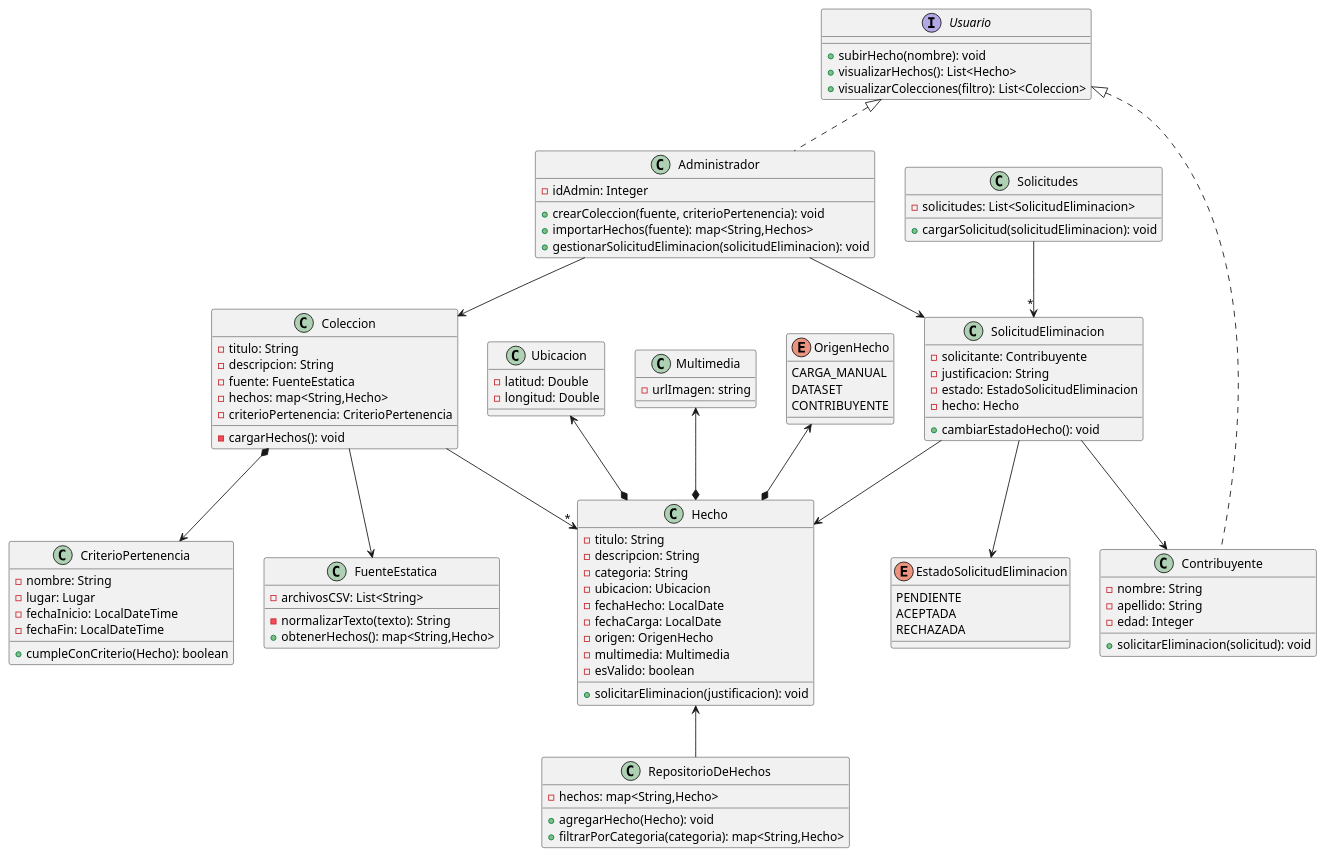
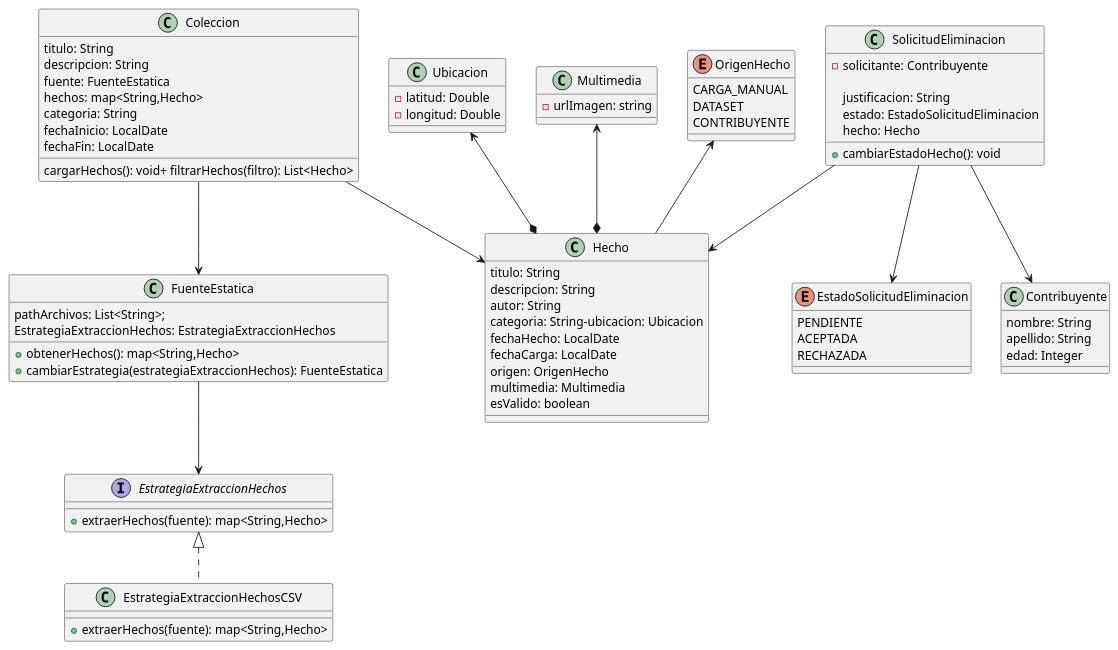
The diagram in src/main/DiagramaDeClases.puml (OslothLAS/ProyectoDeploy), drawn with PlantUML before and after one commit. The commit also changed 2 other files, not shown here.

Commit message:
Solicitud, justificar solicitud y error

```diff
--- a/src/main/DiagramaDeClases.puml
+++ b/src/main/DiagramaDeClases.puml
@@ -1,119 +1,108 @@
 @startuml
 class Coleccion {
-   - titulo: String
-   - descripcion: String
-   - fuente: FuenteEstatica
-   - hechos: map<String,Hecho>
-   - criterioPertenencia: CriterioPertenencia
-   - cargarHechos(): void
- }
 
- class CriterioPertenencia {
-   - nombre: String
-   - lugar: Lugar
-   - fechaInicio: LocalDateTime
-   - fechaFin: LocalDateTime
-   + cumpleConCriterio(Hecho): boolean
- }
+titulo: String
+descripcion: String
+fuente: FuenteEstatica
+hechos: map<String,Hecho>
+categoria: String
+fechaInicio: LocalDate
+fechaFin: LocalDate
+cargarHechos(): void+ filtrarHechos(filtro): List<Hecho>
+}
+
+
 
 
 
  class Ubicacion {
    -latitud: Double
    -longitud: Double
  }
 
   class SolicitudEliminacion{
     -solicitante: Contribuyente
-    - justificacion: String
-    - estado: EstadoSolicitudEliminacion
-    - hecho: Hecho
-    + cambiarEstadoHecho(): void
-  }
 
-  class Solicitudes{
-  - solicitudes: List<SolicitudEliminacion>
-    + cargarSolicitud(solicitudEliminacion): void
-  }
+justificacion: String
+estado: EstadoSolicitudEliminacion
+hecho: Hecho
++ cambiarEstadoHecho(): void
+}
+
+
 
    enum EstadoSolicitudEliminacion {
        PENDIENTE
        ACEPTADA
        RECHAZADA
      }
 
  class Hecho {
-   - titulo: String
-   - descripcion: String
-   - categoria: String
-   -ubicacion: Ubicacion
-   - fechaHecho: LocalDate
-   - fechaCarga: LocalDate
-   - origen: OrigenHecho
-   - multimedia: Multimedia
-   - esValido: boolean
 
-   + solicitarEliminacion(justificacion): void
+titulo: String
+descripcion: String
+autor: String
+categoria: String-ubicacion: Ubicacion
+fechaHecho: LocalDate
+fechaCarga: LocalDate
+origen: OrigenHecho
+multimedia: Multimedia
+esValido: boolean
+
+
     }
 
   class Multimedia{
     -urlImagen: string
   }
 
-  interface Usuario{
-     + subirHecho(nombre): void
-     + visualizarHechos(): List<Hecho>
-     + visualizarColecciones(filtro): List<Coleccion>
-  }
+
 
   enum OrigenHecho {
     CARGA_MANUAL
     DATASET
     CONTRIBUYENTE
   }
 
 
   class FuenteEstatica{
-    - archivosCSV: List<String>
-    - normalizarTexto(texto): String
-    + obtenerHechos(): map<String,Hecho>
+
+pathArchivos: List<String>;
+    EstrategiaExtraccionHechos: EstrategiaExtraccionHechos
+    +obtenerHechos(): map<String,Hecho>
+    +cambiarEstrategia(estrategiaExtraccionHechos): FuenteEstatica
+}
+
+  interface EstrategiaExtraccionHechos{
+    + extraerHechos(fuente): map<String,Hecho>
   }
+
+    class EstrategiaExtraccionHechosCSV implements EstrategiaExtraccionHechos{
+        + extraerHechos(fuente): map<String,Hecho>
+    }
 
 
 
-class Contribuyente implements Usuario{
-    - nombre: String
-    - apellido: String
-    - edad: Integer
-   + solicitarEliminacion(solicitud): void
+class Contribuyente{
+
+nombre: String
+apellido: String
+edad: Integer
 }
 
 
-  class Administrador implements Usuario{
-    - idAdmin: Integer
-    + crearColeccion(fuente, criterioPertenencia): void
-    + importarHechos(fuente): map<String,Hechos>
-    + gestionarSolicitudEliminacion(solicitudEliminacion): void
-  }
 
-  class RepositorioDeHechos{
-    - hechos: map<String,Hecho>
-    + agregarHecho(Hecho): void
-    + filtrarPorCategoria(categoria): map<String,Hecho>
-  }
+
+
 
   Coleccion --> FuenteEstatica
-  Coleccion -->"*" Hecho
-  OrigenHecho <--* Hecho
+  Coleccion --> Hecho
+  OrigenHecho <-- Hecho
   Ubicacion <--* Hecho
-  Administrador --> Coleccion
-  Administrador --> SolicitudEliminacion
   SolicitudEliminacion --> Hecho
   SolicitudEliminacion --> Contribuyente
-  Solicitudes -->"*" SolicitudEliminacion
+   FuenteEstatica --> EstrategiaExtraccionHechos
   SolicitudEliminacion --> EstadoSolicitudEliminacion
-  Coleccion *--> CriterioPertenencia
+
   Multimedia <--* Hecho
-  Hecho <-- RepositorioDeHechos
-
 @enduml
```
